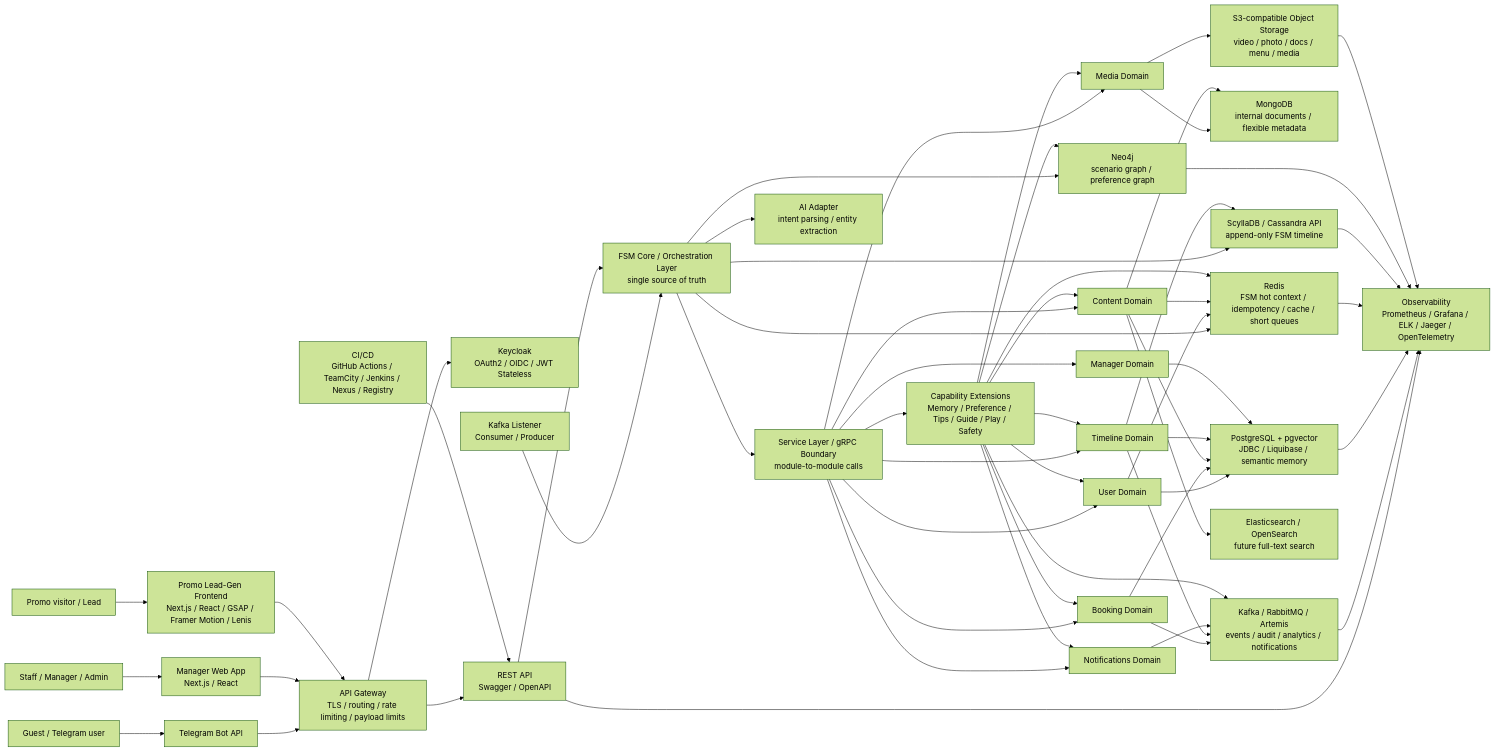
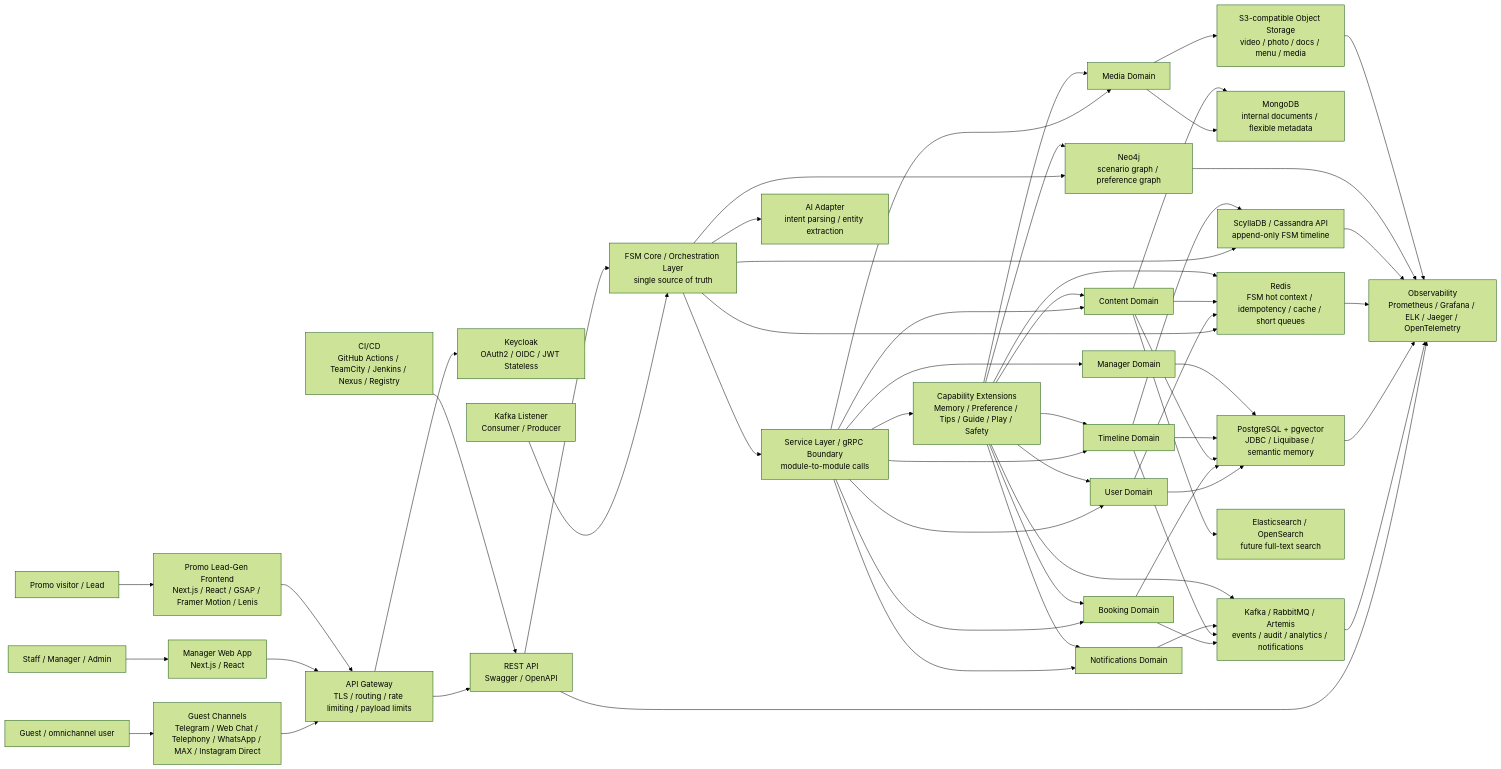
Before and after one commit to michaelwelly/Astor_Butler_MVP: the first of 7 diagrams in docs/architecture/ARCHITECTURE.md, drawn with Mermaid (forest theme). The commit also changed other lines of this file and 47 other files, not shown here.

````diff
--- a/docs/architecture/ARCHITECTURE.md
+++ b/docs/architecture/ARCHITECTURE.md
@@ -11,10 +11,10 @@
 ```mermaid
 flowchart LR
-    Guest["Guest / Telegram user"]
+    Guest["Guest / omnichannel user"]
     Staff["Staff / Manager / Admin"]
     Visitor["Promo visitor / Lead"]
 
-    Telegram["Telegram Bot API"]
+    Channels["Guest Channels<br/>Telegram / Web Chat / Telephony / WhatsApp / MAX / Instagram Direct"]
     Web["Manager Web App<br/>Next.js / React"]
     Promo["Promo Lead-Gen Frontend<br/>Next.js / React / GSAP / Framer Motion / Lenis"]
 
@@ -49,7 +49,7 @@
     Obs["Observability<br/>Prometheus / Grafana / ELK / Jaeger / OpenTelemetry"]
     CICD["CI/CD<br/>GitHub Actions / TeamCity / Jenkins / Nexus / Registry"]
 
-    Guest --> Telegram --> Gateway
+    Guest --> Channels --> Gateway
     Staff --> Web --> Gateway
     Visitor --> Promo --> Gateway
 
````
